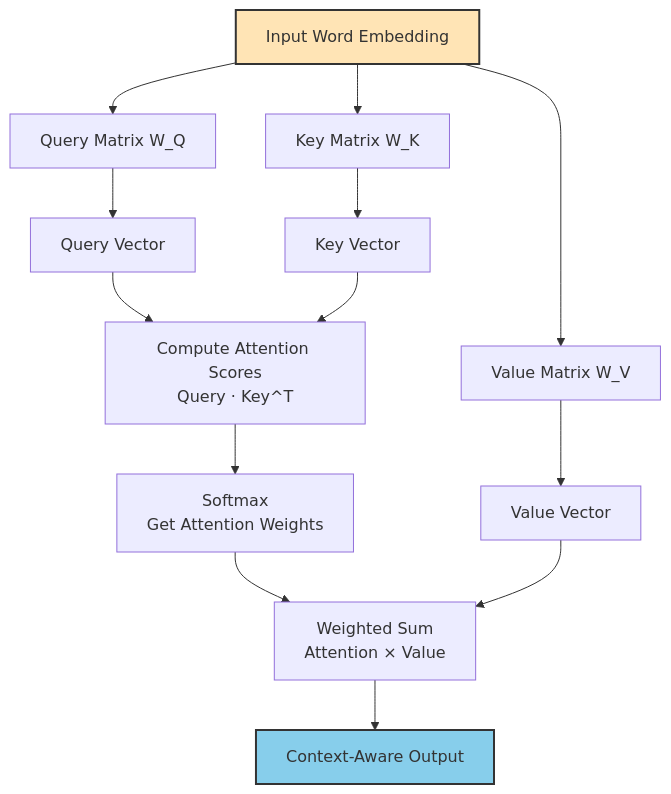
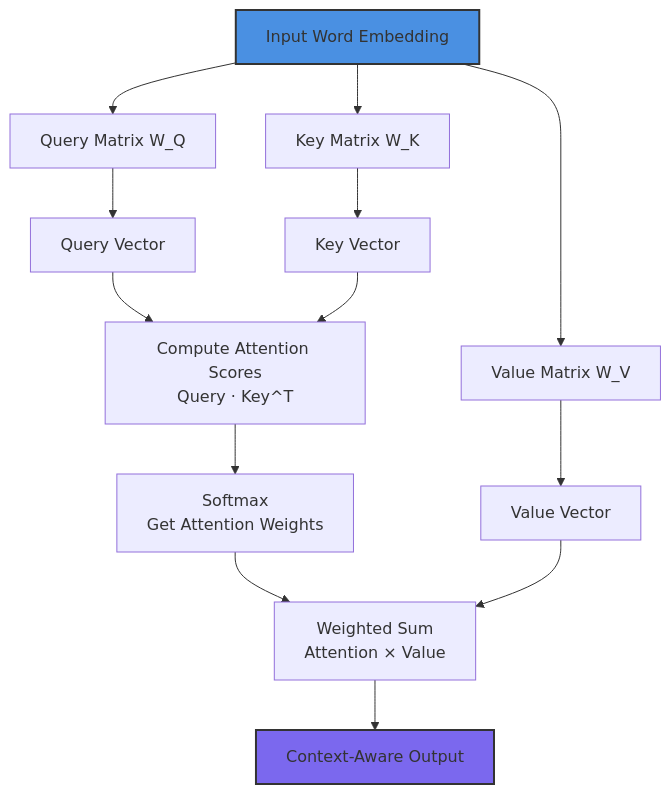
One commit to tenstorrent/tt-vscode-toolkit changed the fourth of 13 diagrams in content/lessons/ct7-architecture-basics.md. Above: the diagram before and after it, drawn with Mermaid. The commit also changed other lines of this file and 9 other files, not shown here.

````diff
--- a/content/lessons/ct7-architecture-basics.md
+++ b/content/lessons/ct7-architecture-basics.md
@@ -242,18 +242,18 @@
 ```mermaid
 graph TD
     A[Input Word Embedding] --> B1[Query Matrix W_Q]
     A --> B2[Key Matrix W_K]
     A --> B3[Value Matrix W_V]
 
     B1 --> C1[Query Vector]
     B2 --> C2[Key Vector]
     B3 --> C3[Value Vector]
 
     C1 & C2 --> D[Compute Attention Scores<br/>Query · Key^T]
     D --> E[Softmax<br/>Get Attention Weights]
     E & C3 --> F[Weighted Sum<br/>Attention × Value]
     F --> G[Context-Aware Output]
 
-    style A fill:#FFE4B5,stroke:#333,stroke-width:2px
-    style G fill:#87CEEB,stroke:#333,stroke-width:2px
+    style A fill:#4A90E2,stroke:#333,stroke-width:2px
+    style G fill:#7B68EE,stroke:#333,stroke-width:2px
 ```
````
